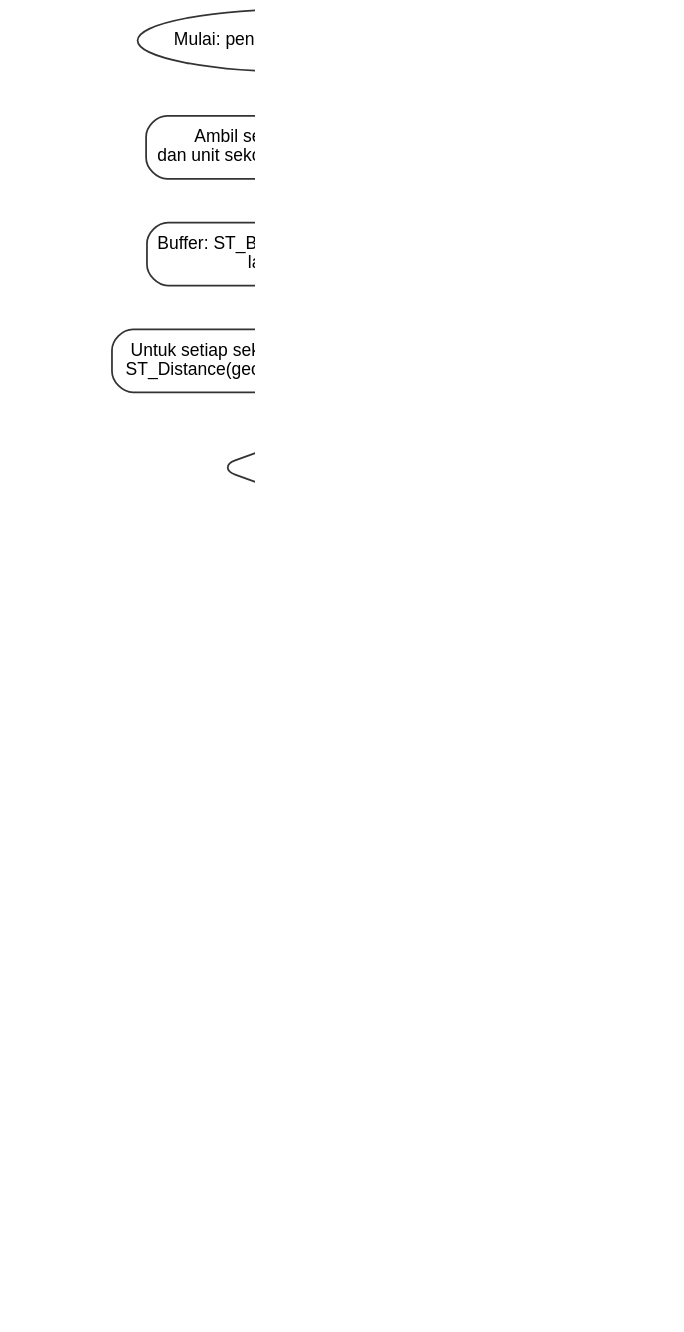
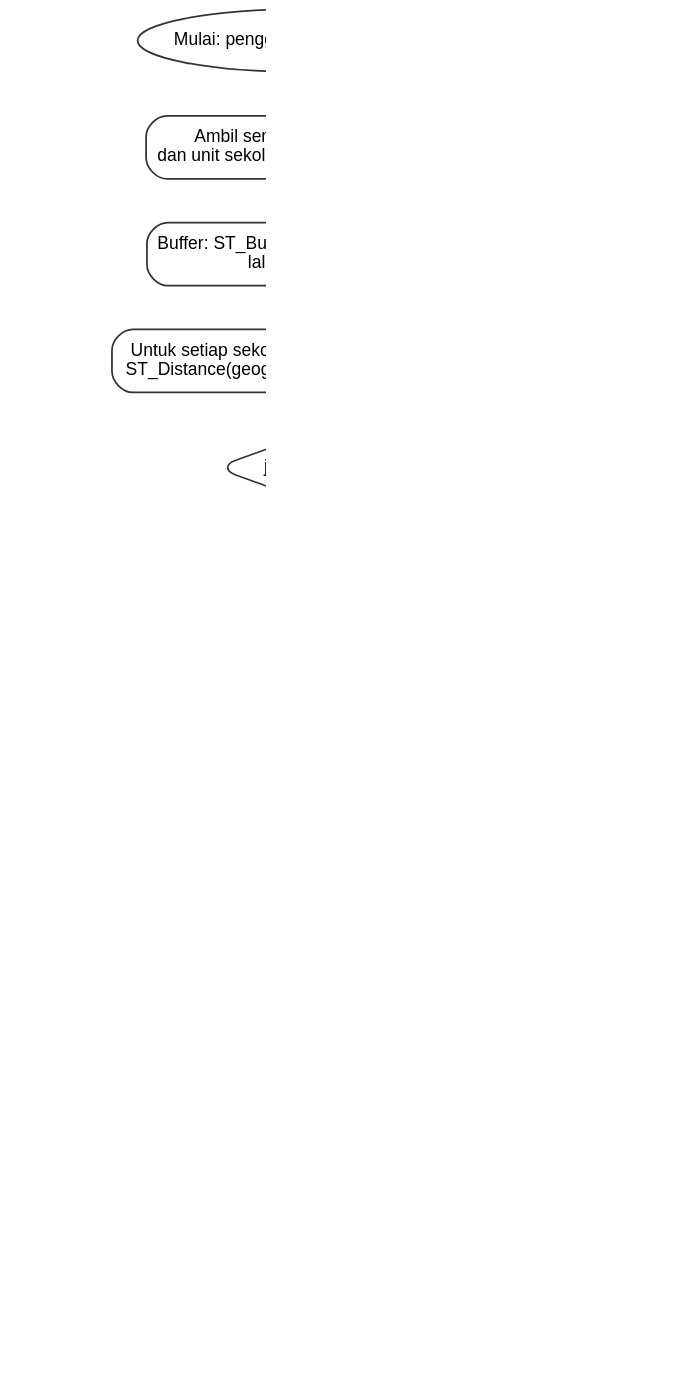
Before and after one commit to davidsiagian02/jangkau-webgis: the diagram in laporan/diagram/alur_analisis.dot, drawn with Graphviz. The commit also changed 35 other files, not shown here.

Commit message:
data: halte & jalan OSM; laporan diperbarui dengan hasil analisis baru

```diff
--- a/laporan/diagram/alur_analisis.dot
+++ b/laporan/diagram/alur_analisis.dot
@@ -1,16 +1,16 @@
 digraph G {
   graph [fontname="Arial", dpi=200, nodesep=0.3, ranksep=0.32]; node [fontname="Arial", fontsize=10, shape=box, style=rounded, color="#333333"]; edge [color="#555555", fontname="Arial", fontsize=9];
   m [label="Mulai: pengguna memilih radius r", shape=oval];
   a [label="Ambil semua halte (v_halte)\ndan unit sekolah (v_sekolah_analisis)"];
   b [label="Buffer: ST_Buffer(halte::geography, r)\nlalu ST_Union"];
   c [label="Untuk setiap sekolah: jarak ke halte terdekat\nST_Distance(geography) ORDER BY LIMIT 1"];
   d [label="jarak ≤ r ?", shape=diamond];
   e [label="Status: terjangkau"]; f [label="Status: belum terjangkau"];
   g [label="Kelompokkan sekolah belum terjangkau\nST_ClusterDBSCAN(UTM 47N, eps = r, minpoints = 2)"];
   h [label="Centroid tiap kelompok = kandidat halte"];
-  i [label="Ada jalur survei ≤ 150 m ?", shape=diamond];
-  j [label="Tempel ke jalur\nST_ClosestPoint"]; k [label="Pakai centroid"];
+  i [label="Ada jalan OSM / jalur survei\n≤ 150 m ?", shape=diamond];
+  j [label="Tempel ke jalan terdekat\nST_ClosestPoint"]; k [label="Pakai centroid"];
   l [label="Hitung sekolah yang terjangkau kandidat,\nurutkan, ambil 10 teratas"];
   z [label="Tampilkan di peta, panel analisis,\ndan halaman Data", shape=oval];
   m -> a -> b -> c -> d; d -> e [label="ya"]; d -> f [label="tidak"]; e -> z [style=dashed]; f -> g -> h -> i; i -> j [label="ya"]; i -> k [label="tidak"]; j -> l; k -> l; l -> z;
 }
```
